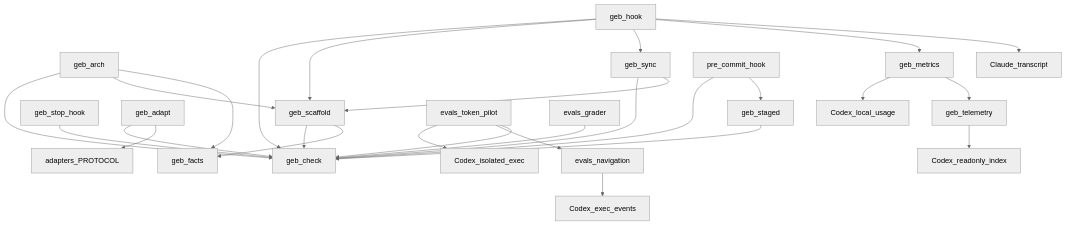
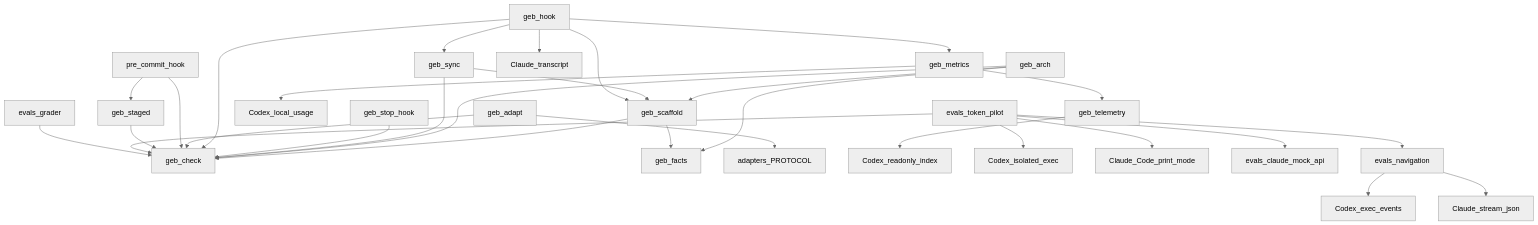
One commit to AaronXinzhian/fugue-docs changed the diagram in PROJECT_INDEX.md. Above: the diagram before and after it, drawn with Mermaid (neutral theme). The commit also changed other lines of this file and 21 other files, not shown here.

First line of the commit message:
v2.7 试点:Claude Code 执行器与外部仓库 docutils 任务

````diff
--- a/PROJECT_INDEX.md
+++ b/PROJECT_INDEX.md
@@ -25,29 +25,32 @@
 ```mermaid
 graph TD
     geb_scaffold --> geb_check
     geb_arch --> geb_check
     geb_arch --> geb_scaffold
     geb_arch --> geb_facts
     geb_scaffold --> geb_facts
     geb_sync --> geb_check
     geb_sync --> geb_scaffold
     geb_stop_hook --> geb_check
     geb_hook --> geb_check
     geb_hook --> geb_scaffold
     geb_hook --> geb_sync
     geb_hook --> geb_metrics
     geb_hook --> Claude_transcript
     geb_adapt --> geb_check
     geb_adapt --> adapters_PROTOCOL
     pre_commit_hook --> geb_check
     pre_commit_hook --> geb_staged
     geb_staged --> geb_check
     geb_metrics --> Codex_local_usage
     geb_metrics --> geb_telemetry
     geb_telemetry --> Codex_readonly_index
     evals_token_pilot --> Codex_isolated_exec
+    evals_token_pilot --> Claude_Code_print_mode
+    evals_token_pilot --> evals_claude_mock_api
     evals_token_pilot --> evals_navigation
     evals_token_pilot --> geb_check
     evals_navigation --> Codex_exec_events
+    evals_navigation --> Claude_stream_json
     evals_grader --> geb_check
 ```
````
